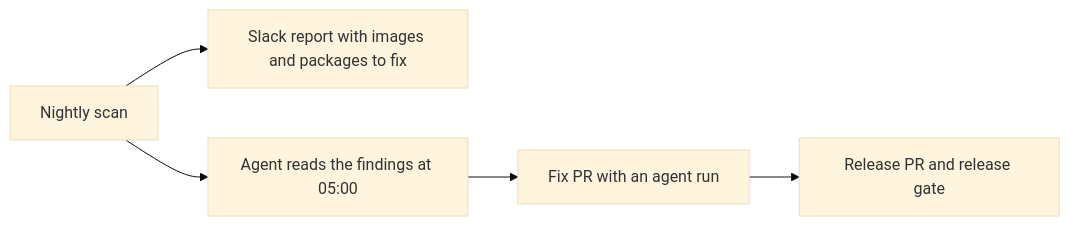
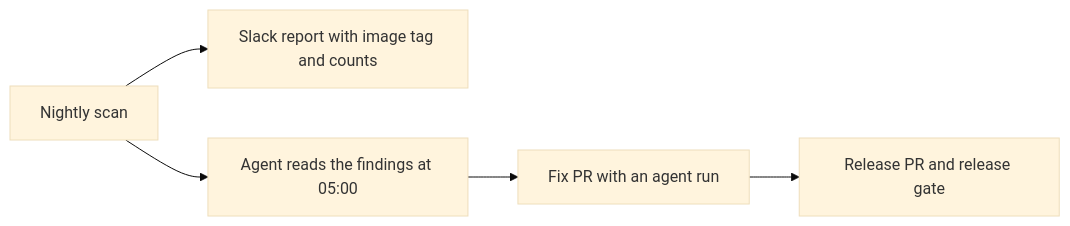
One commit to Unique-AG/connectors changed the fourth of 4 diagrams in docs/security/image-vulnerabilities.md. Above: the diagram before and after it, drawn with Mermaid (base theme). The commit also changed other lines of this file, not shown here.

Commit message:
docs(main): describe the Slack report as counts and one row for each image

````diff
--- a/docs/security/image-vulnerabilities.md
+++ b/docs/security/image-vulnerabilities.md
@@ -113,7 +113,7 @@
 ```mermaid
 flowchart LR
-  scan[Nightly scan] --> slack[Slack report with images and packages to fix]
+  scan[Nightly scan] --> slack[Slack report with image tag and counts]
   scan --> agent[Agent reads the findings at 05:00]
   agent --> fix[Fix PR with an agent run]
   fix --> release[Release PR and release gate]
 ```
````
